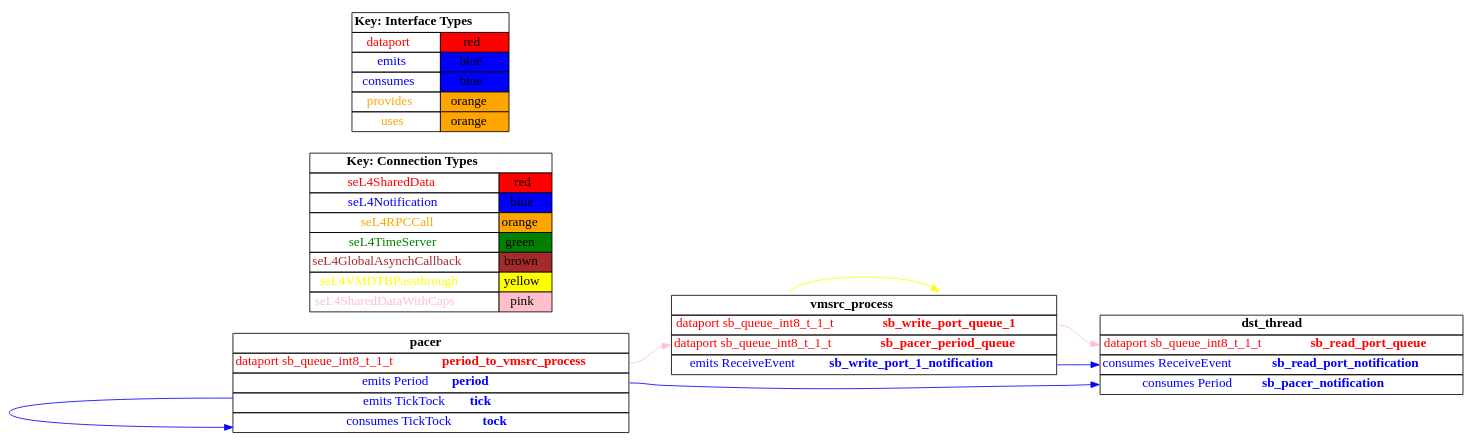
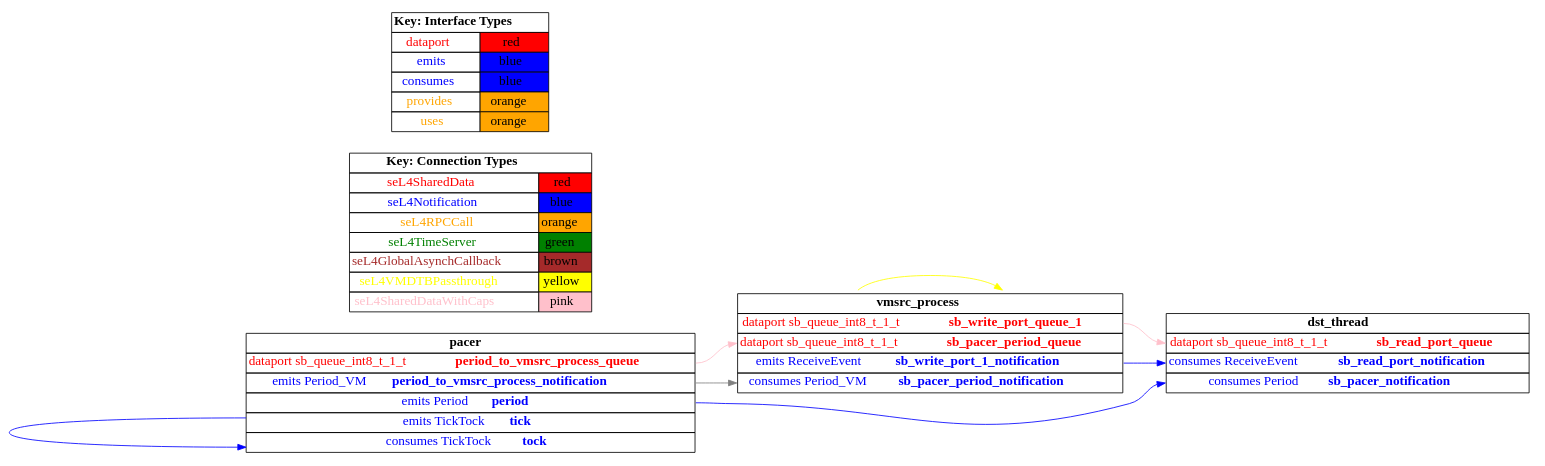
Before and after one commit to loonwerks/CASE: the diagram in TA5/tool-evaluation-4/HAMR/examples/test_event_data_port_periodic_domains_VM/sender_vm/CAmkES_seL4_Only/graph.dot, drawn with Graphviz. The commit also changed 91 other files, not shown here.

```diff
--- a/TA5/tool-evaluation-4/HAMR/examples/test_event_data_port_periodic_domains_VM/sender_vm/CAmkES_seL4_Only/graph.dot
+++ b/TA5/tool-evaluation-4/HAMR/examples/test_event_data_port_periodic_domains_VM/sender_vm/CAmkES_seL4_Only/graph.dot
@@ -1,116 +1,124 @@
 digraph g {
 graph [
   overlap = false,
   rankdir = "LR"
 ];
 node [
   fontsize = "16",
   shape = "ellipse"
 ];
 edge [
 ];
 
 vmsrc_process [
   label=<
     <TABLE BORDER="0" CELLBORDER="1" CELLSPACING="0">
       <TR><TD><B>vmsrc_process</B></TD></TR>
       <TR><TD PORT="sb_write_port_queue_1"><FONT COLOR="red">dataport sb_queue_int8_t_1_t <B>sb_write_port_queue_1</B></FONT></TD></TR>
       <TR><TD PORT="sb_pacer_period_queue"><FONT COLOR="red">dataport sb_queue_int8_t_1_t <B>sb_pacer_period_queue</B></FONT></TD></TR>
-      <TR><TD PORT="sb_write_port_1_notification"><FONT COLOR="blue">emits ReceiveEvent <B>sb_write_port_1_notification</B></FONT></TD></TR>"
+      <TR><TD PORT="sb_write_port_1_notification"><FONT COLOR="blue">emits ReceiveEvent <B>sb_write_port_1_notification</B></FONT></TD></TR>
+      <TR><TD PORT="sb_pacer_period_notification"><FONT COLOR="blue">consumes Period_VM <B>sb_pacer_period_notification</B></FONT></TD></TR>"
     </TABLE>
   >
   shape=plaintext
 ];
 
 dst_thread [
   label=<
     <TABLE BORDER="0" CELLBORDER="1" CELLSPACING="0">
       <TR><TD><B>dst_thread</B></TD></TR>
       <TR><TD PORT="sb_read_port_queue"><FONT COLOR="red">dataport sb_queue_int8_t_1_t <B>sb_read_port_queue</B></FONT></TD></TR>
       <TR><TD PORT="sb_read_port_notification"><FONT COLOR="blue">consumes ReceiveEvent <B>sb_read_port_notification</B></FONT></TD></TR>
       <TR><TD PORT="sb_pacer_notification"><FONT COLOR="blue">consumes Period <B>sb_pacer_notification</B></FONT></TD></TR>"
     </TABLE>
   >
   shape=plaintext
 ];
 
 pacer [
   label=<
     <TABLE BORDER="0" CELLBORDER="1" CELLSPACING="0">
       <TR><TD><B>pacer</B></TD></TR>
-      <TR><TD PORT="period_to_vmsrc_process"><FONT COLOR="red">dataport sb_queue_int8_t_1_t <B>period_to_vmsrc_process</B></FONT></TD></TR>
+      <TR><TD PORT="period_to_vmsrc_process_queue"><FONT COLOR="red">dataport sb_queue_int8_t_1_t <B>period_to_vmsrc_process_queue</B></FONT></TD></TR>
+      <TR><TD PORT="period_to_vmsrc_process_notification"><FONT COLOR="blue">emits Period_VM <B>period_to_vmsrc_process_notification</B></FONT></TD></TR>
       <TR><TD PORT="period"><FONT COLOR="blue">emits Period <B>period</B></FONT></TD></TR>
       <TR><TD PORT="tick"><FONT COLOR="blue">emits TickTock <B>tick</B></FONT></TD></TR>
       <TR><TD PORT="tock"><FONT COLOR="blue">consumes TickTock <B>tock</B></FONT></TD></TR>"
     </TABLE>
   >
   shape=plaintext
 ];
 
 connectiontypekey [
   label=<
    <TABLE BORDER="0" CELLBORDER="1" CELLSPACING="0">
      <TR><TD COLSPAN="2"><B>Key: Connection Types</B></TD></TR>
      <TR><TD><FONT COLOR="red">seL4SharedData</FONT></TD><TD BGCOLOR="red">red</TD></TR>
      <TR><TD><FONT COLOR="blue">seL4Notification</FONT></TD><TD BGCOLOR="blue">blue</TD></TR>
      <TR><TD><FONT COLOR="orange">seL4RPCCall</FONT></TD><TD BGCOLOR="orange">orange</TD></TR>
      <TR><TD><FONT COLOR="green">seL4TimeServer</FONT></TD><TD BGCOLOR="green">green</TD></TR>
      <TR><TD><FONT COLOR="brown">seL4GlobalAsynchCallback</FONT></TD><TD BGCOLOR="brown">brown</TD></TR>
      <TR><TD><FONT COLOR="yellow">seL4VMDTBPassthrough</FONT></TD><TD BGCOLOR="yellow">yellow</TD></TR>
      <TR><TD><FONT COLOR="pink">seL4SharedDataWithCaps</FONT></TD><TD BGCOLOR="pink">pink</TD></TR>
    </TABLE>
   >
   shape=plaintext
 ];
 
 interfacetypekey [
   label=<
    <TABLE BORDER="0" CELLBORDER="1" CELLSPACING="0">
      <TR><TD COLSPAN="2"><B>Key: Interface Types</B></TD></TR>
      <TR><TD><FONT COLOR="red">dataport</FONT></TD><TD BGCOLOR="red">red</TD></TR>
      <TR><TD><FONT COLOR="blue">emits</FONT></TD><TD BGCOLOR="blue">blue</TD></TR>
      <TR><TD><FONT COLOR="blue">consumes</FONT></TD><TD BGCOLOR="blue">blue</TD></TR>
      <TR><TD><FONT COLOR="orange">provides</FONT></TD><TD BGCOLOR="orange">orange</TD></TR>
      <TR><TD><FONT COLOR="orange">uses</FONT></TD><TD BGCOLOR="orange">orange</TD></TR>
    </TABLE>
   >
   shape=plaintext
 ];
 
 "vmsrc_process":dtb_self -> "vmsrc_process":dtb [
   color="yellow"
   //label = "seL4VMDTBPassthrough"
   id = conn1
 ];
 
 "vmsrc_process":sb_write_port_1_notification -> "dst_thread":sb_read_port_notification [
   color="blue"
   //label = "seL4Notification"
   id = conn2
 ];
 
 "vmsrc_process":sb_write_port_queue_1 -> "dst_thread":sb_read_port_queue [
   color="pink"
   //label = "seL4SharedDataWithCaps"
   id = conn3
 ];
 
 "pacer":tick -> "pacer":tock [
   color="blue"
   //label = "seL4Notification"
   id = conn4
 ];
 
-"pacer":period_to_vmsrc_process -> "vmsrc_process":sb_pacer_period_queue [
+"pacer":period_to_vmsrc_process_notification -> "vmsrc_process":sb_pacer_period_notification [
+  color="grey"
+  //label = "seL4GlobalAsynch"
+  id = conn5
+];
+
+"pacer":period_to_vmsrc_process_queue -> "vmsrc_process":sb_pacer_period_queue [
   color="pink"
   //label = "seL4SharedDataWithCaps"
-  id = conn5
+  id = conn6
 ];
 
 "pacer":period -> "dst_thread":sb_pacer_notification [
   color="blue"
   //label = "seL4Notification"
-  id = conn6
+  id = conn7
 ];
 
 }
```
